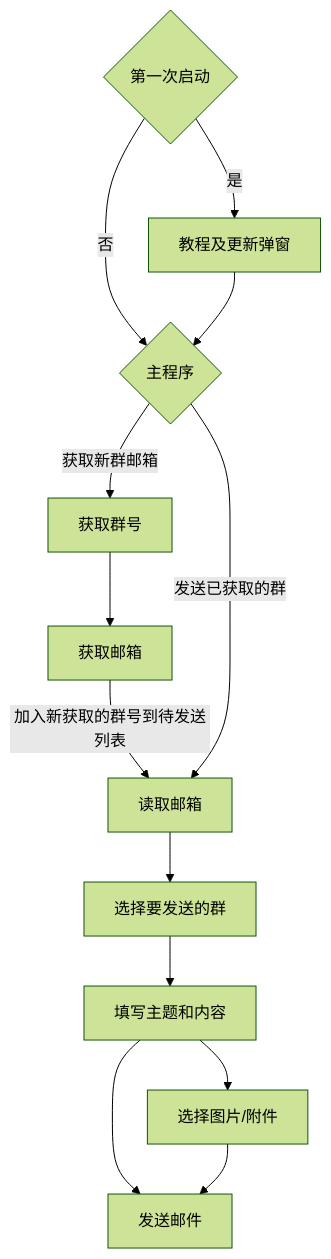
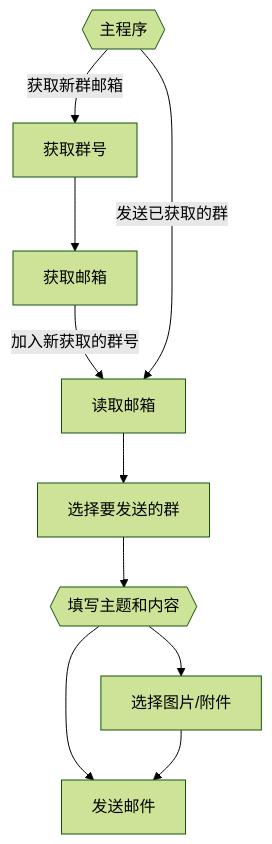
The diagram in README.md (KrisShin/QQGroupMailSender), drawn with Mermaid (forest theme) before and after one commit. The commit also changed other lines of this file and 1 other file, not shown here.

````diff
--- a/README.md
+++ b/README.md
@@ -5,15 +85,12 @@
 ```mermaid
     graph TB
-    first{第一次启动} -- 是 --> dialog[教程及更新弹窗]
-    first -- 否 --> main{主程序}
-    dialog --> main
-    main -- 获取新群邮箱 --> getGids[获取群号]
+    main{{主程序}} -- 获取新群邮箱 --> getGids[获取群号]
     getGids --> getMails[获取邮箱]
-    getMails -- 加入新获取的群号到待发送列表 --> readMails
+    getMails -- 加入新获取的群号 --> readMails
     main -- 发送已获取的群 --> readMails[读取邮箱]
     readMails --> chooseGid[选择要发送的群]
-    chooseGid --> content[填写主题和内容]
+    chooseGid --> content{{填写主题和内容}}
     content --> send[发送邮件]
     content --> chooseFile[选择图片/附件]
     chooseFile --> send
 ```
````
